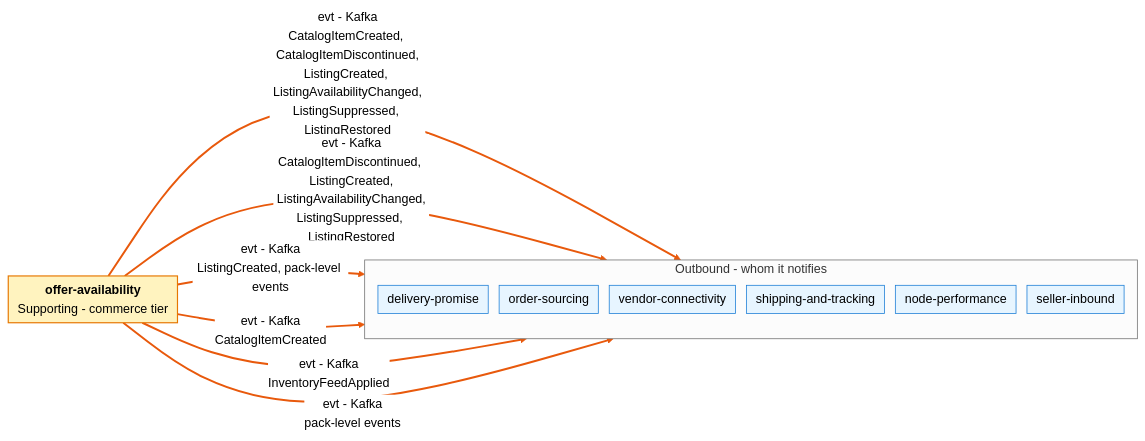
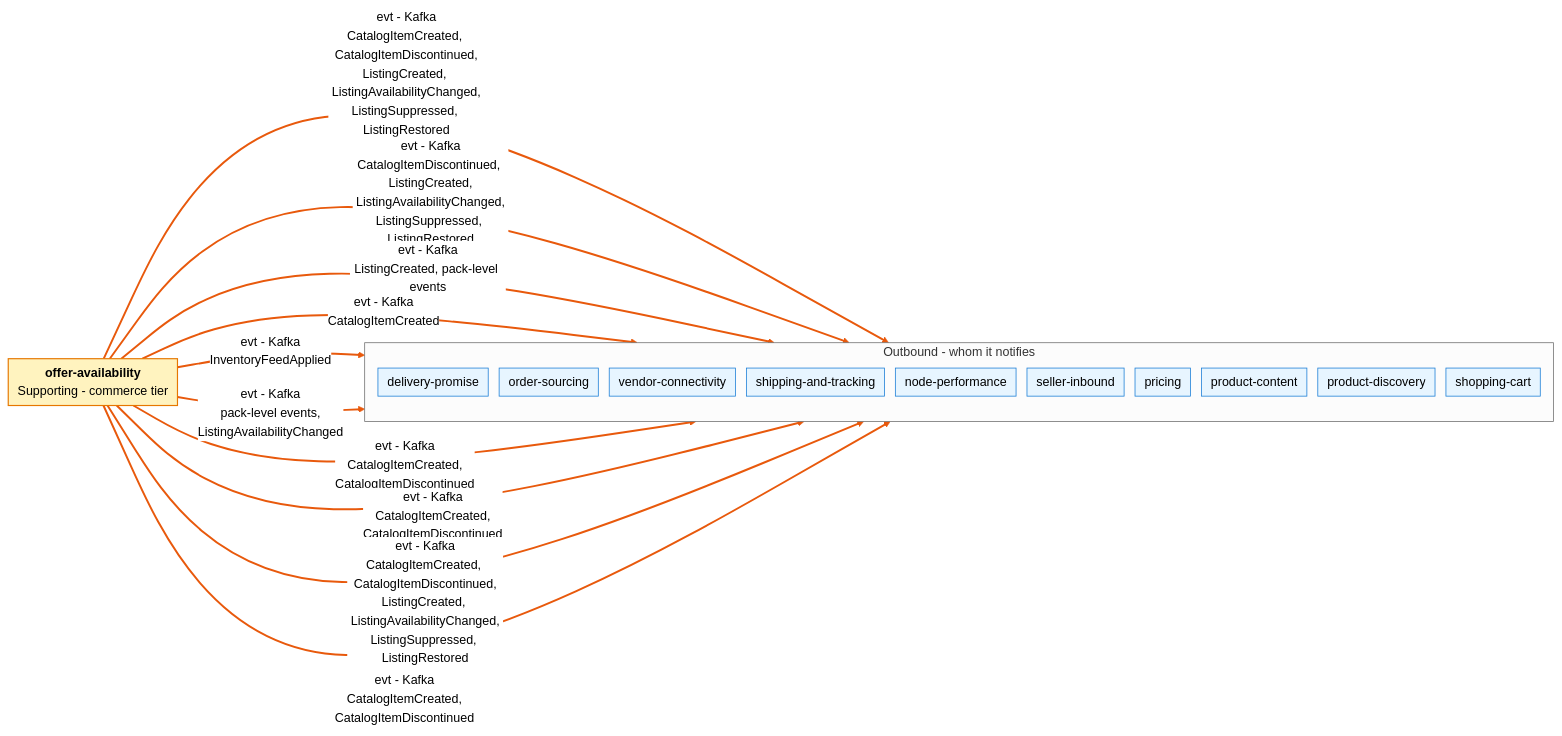
Before and after one commit to IQVO/offer-availability: the second of 2 diagrams in docs/docs/ddd/bounded-context-canvas.md, drawn with Mermaid (neutral theme). The commit also changed other lines of this file and 15 other files, not shown here.

````diff
--- a/docs/docs/ddd/bounded-context-canvas.md
+++ b/docs/docs/ddd/bounded-context-canvas.md
@@ -63,28 +68,40 @@
 ```mermaid
 %%{init: {"flowchart": {"nodeSpacing": 14, "rankSpacing": 40, "padding": 6}}}%%
 flowchart LR
     classDef bc fill:#fff3bf,stroke:#e67700,stroke-width:1.5px,color:#000
     classDef ctx fill:#e7f5ff,stroke:#1c7ed6,color:#000
     BC["<b>offer-availability</b><br/>Supporting - commerce tier"]:::bc
     subgraph OUT["Outbound - whom it notifies"]
         direction TB
         out0["delivery-promise"]:::ctx
         out1["order-sourcing"]:::ctx
         out2["vendor-connectivity"]:::ctx
         out3["shipping-and-tracking"]:::ctx
         out4["node-performance"]:::ctx
         out5["seller-inbound"]:::ctx
+        out6["pricing"]:::ctx
+        out7["product-content"]:::ctx
+        out8["product-discovery"]:::ctx
+        out9["shopping-cart"]:::ctx
     end
     BC ==>|"evt - Kafka<br/>CatalogItemCreated, CatalogItemDiscontinued,<br/>ListingCreated, ListingAvailabilityChanged,<br/>ListingSuppressed, ListingRestored"| out0
     BC ==>|"evt - Kafka<br/>CatalogItemDiscontinued, ListingCreated,<br/>ListingAvailabilityChanged,<br/>ListingSuppressed, ListingRestored"| out1
     BC ==>|"evt - Kafka<br/>ListingCreated, pack-level events"| out2
     BC ==>|"evt - Kafka<br/>CatalogItemCreated"| out3
     BC ==>|"evt - Kafka<br/>InventoryFeedApplied"| out4
-    BC ==>|"evt - Kafka<br/>pack-level events"| out5
+    BC ==>|"evt - Kafka<br/>pack-level events,<br/>ListingAvailabilityChanged"| out5
+    BC ==>|"evt - Kafka<br/>CatalogItemCreated,<br/>CatalogItemDiscontinued"| out6
+    BC ==>|"evt - Kafka<br/>CatalogItemCreated,<br/>CatalogItemDiscontinued"| out7
+    BC ==>|"evt - Kafka<br/>CatalogItemCreated, CatalogItemDiscontinued,<br/>ListingCreated, ListingAvailabilityChanged,<br/>ListingSuppressed, ListingRestored"| out8
+    BC ==>|"evt - Kafka<br/>CatalogItemCreated,<br/>CatalogItemDiscontinued"| out9
     linkStyle 0 stroke:#e8590c,stroke-width:2.5px
     linkStyle 1 stroke:#e8590c,stroke-width:2.5px
     linkStyle 2 stroke:#e8590c,stroke-width:2.5px
     linkStyle 3 stroke:#e8590c,stroke-width:2.5px
     linkStyle 4 stroke:#e8590c,stroke-width:2.5px
     linkStyle 5 stroke:#e8590c,stroke-width:2.5px
+    linkStyle 6 stroke:#e8590c,stroke-width:2.5px
+    linkStyle 7 stroke:#e8590c,stroke-width:2.5px
+    linkStyle 8 stroke:#e8590c,stroke-width:2.5px
+    linkStyle 9 stroke:#e8590c,stroke-width:2.5px
 ```
````
